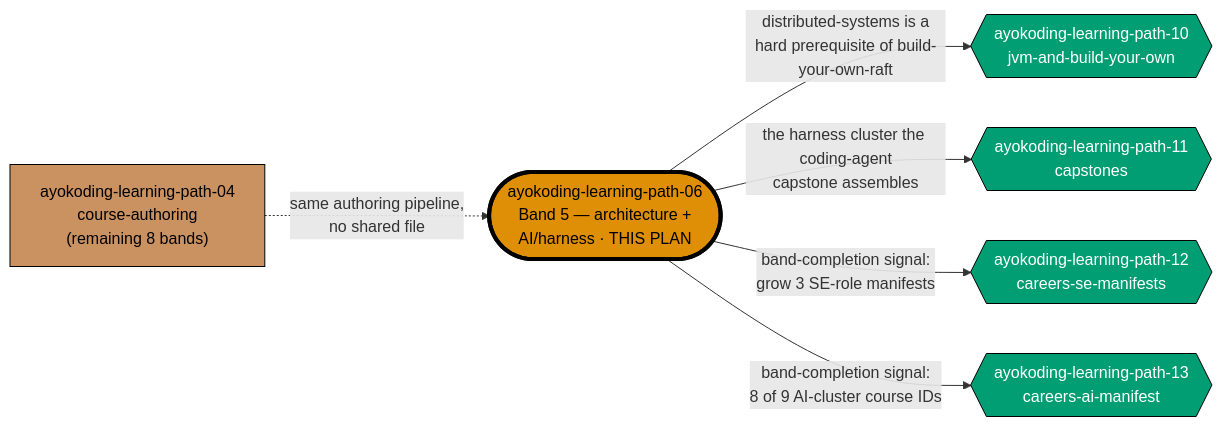
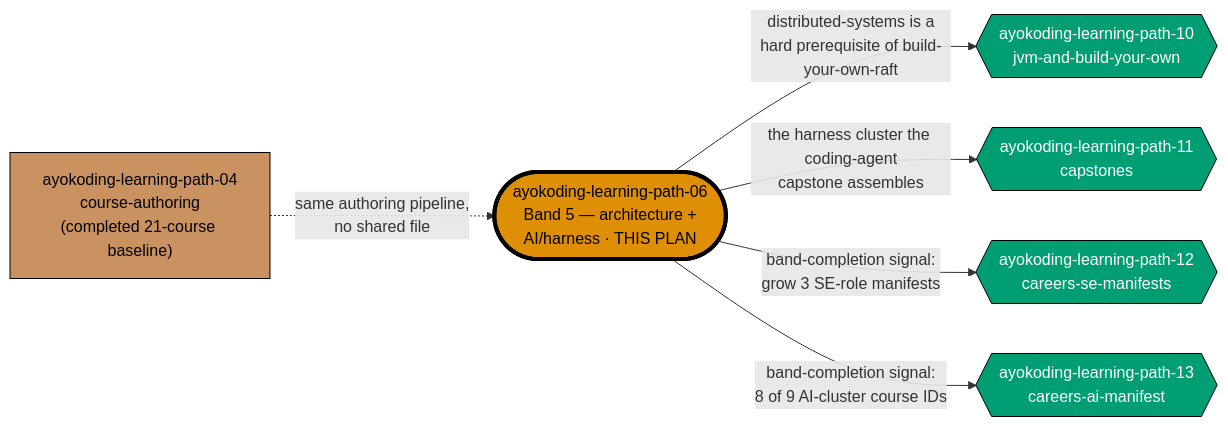
One commit to wahidyankf/open-sharia-fintech changed the first of 2 diagrams in plans/backlog/ayokoding-learning-path-06-course-authoring-architecture-and-ai-harness/README.md. Above: the diagram before and after it, drawn with Mermaid. The commit also changed other lines of this file and 11 other files, not shown here.

````diff
--- a/plans/backlog/ayokoding-learning-path-06-course-authoring-architecture-and-ai-harness/README.md
+++ b/plans/backlog/ayokoding-learning-path-06-course-authoring-architecture-and-ai-harness/README.md
@@ -75,22 +75,22 @@
 ```mermaid
 %% This plan's position relative to its parent and its own successor bands.
 %% Node SHAPE encodes role: rectangle = upstream/parallel plan, stadium (doubled border) = THIS plan,
 %% hexagon = downstream consumer.
 flowchart LR
-    P04["ayokoding-learning-path-04<br/>course-authoring<br/>(remaining 8 bands)"]:::sibling
+    P04["ayokoding-learning-path-04<br/>course-authoring<br/>(completed 21-course baseline)"]:::sibling
     THIS(["ayokoding-learning-path-06<br/>Band 5 — architecture +<br/>AI/harness · THIS PLAN"]):::this
     P10{{"ayokoding-learning-path-10<br/>jvm-and-build-your-own"}}:::down
     P11{{"ayokoding-learning-path-11<br/>capstones"}}:::down
     P12{{"ayokoding-learning-path-12<br/>careers-se-manifests"}}:::down
     P13{{"ayokoding-learning-path-13<br/>careers-ai-manifest"}}:::down
 
     THIS -->|"distributed-systems is a<br/>hard prerequisite of build-your-own-raft"| P10
     THIS -->|"the harness cluster the coding-agent<br/>capstone assembles"| P11
     THIS -->|"band-completion signal:<br/>grow 3 SE-role manifests"| P12
     THIS -->|"band-completion signal:<br/>8 of 9 AI-cluster course IDs"| P13
     P04 -.->|"same authoring pipeline,<br/>no shared file"| THIS
 
     classDef sibling fill:#CA9161,stroke:#000000,color:#000000
     classDef this fill:#DE8F05,stroke:#000000,color:#000000,stroke-width:4px
     classDef down fill:#029E73,stroke:#000000,color:#FFFFFF
 ```
````
